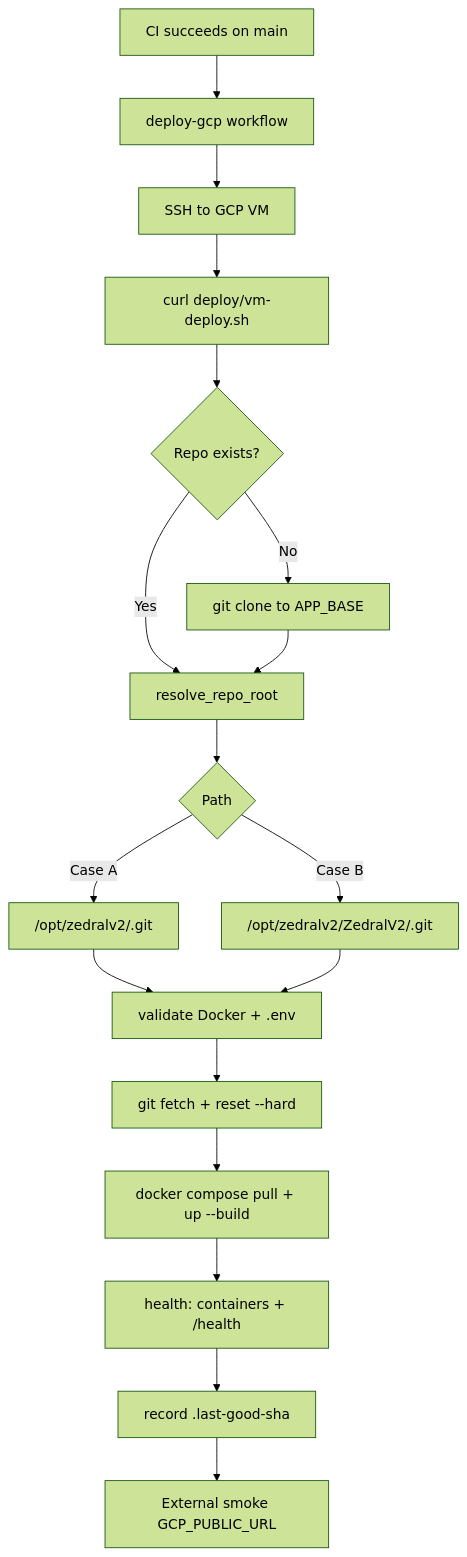
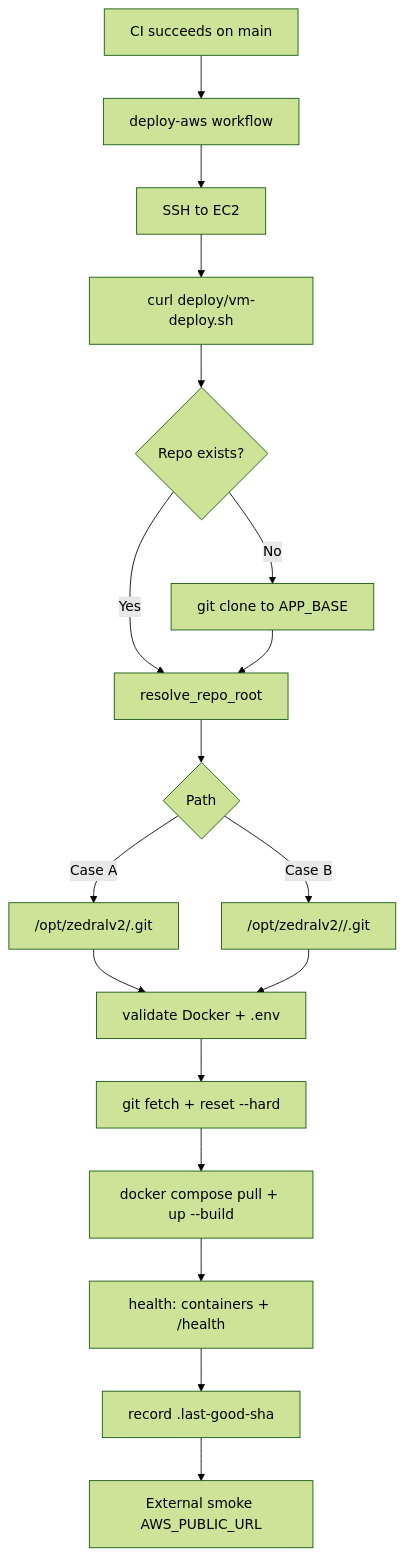
Before and after one commit to kshitijsince2004/demo_zedral: the diagram in deploy/README.md, drawn with Mermaid (forest theme). The commit also changed other lines of this file and 20 other files, not shown here.

First line of the commit message:
chore: remove GCP deployment and finish AWS migration

````diff
--- a/deploy/README.md
+++ b/deploy/README.md
@@ -21,20 +21,20 @@
 ```mermaid
 flowchart TD
-  A[CI succeeds on main] --> B[deploy-gcp workflow]
-  B --> C[SSH to GCP VM]
+  A[CI succeeds on main] --> B[deploy-aws workflow]
+  B --> C[SSH to EC2]
   C --> D[curl deploy/vm-deploy.sh]
   D --> E{Repo exists?}
   E -->|No| F[git clone to APP_BASE]
   E -->|Yes| G[resolve_repo_root]
   F --> G
   G --> H{Path}
   H -->|Case A| I["/opt/zedralv2/.git"]
-  H -->|Case B| J["/opt/zedralv2/ZedralV2/.git"]
+  H -->|Case B| J["/opt/zedralv2/<repo>/.git"]
   I --> K[validate Docker + .env]
   J --> K
   K --> L[git fetch + reset --hard]
   L --> M[docker compose pull + up --build]
   M --> N[health: containers + /health]
   N --> O[record .last-good-sha]
-  O --> P[External smoke GCP_PUBLIC_URL]
+  O --> P[External smoke AWS_PUBLIC_URL]
 ```
````
